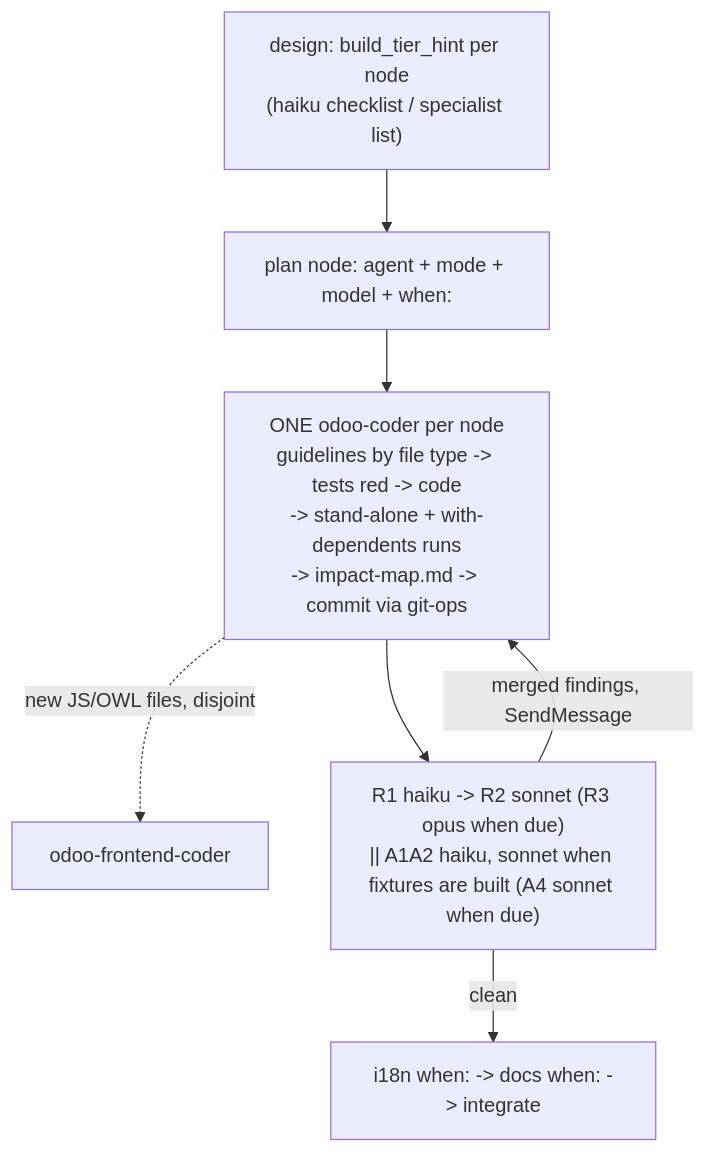
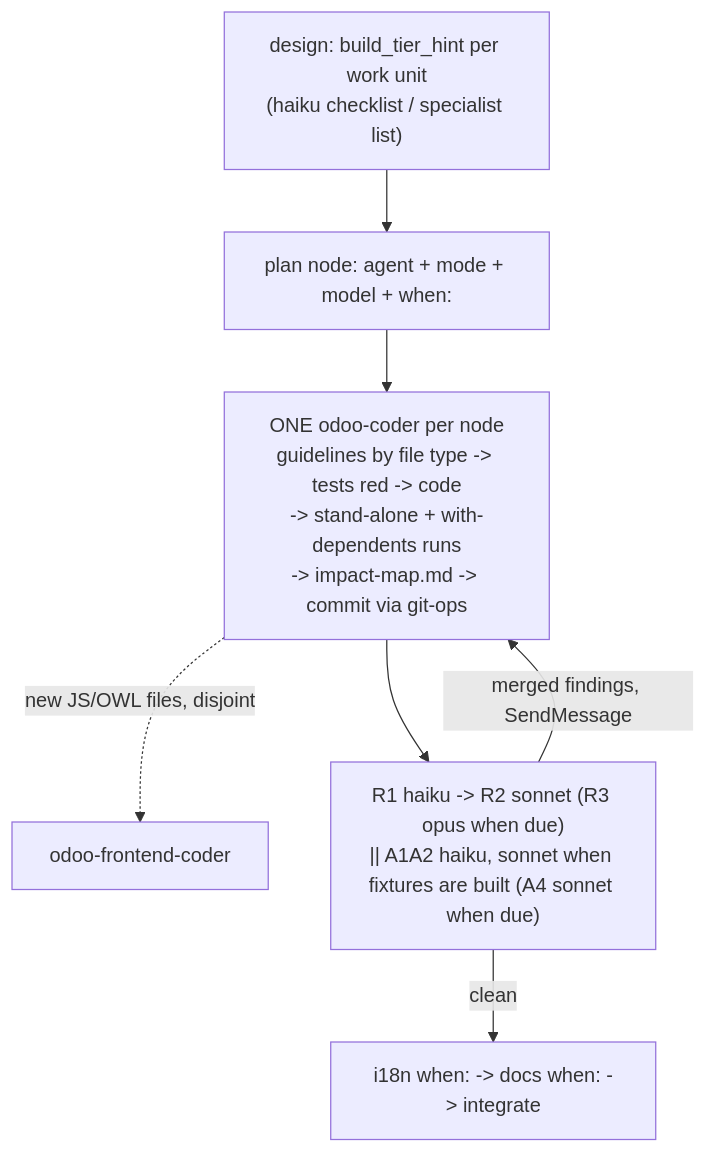
The second of 9 diagrams in plugins/odoo-ai-agents/README.md (Viindoo/odoo-mcp-client), drawn with Mermaid before and after one commit. The commit also changed other lines of this file and 133 other files, not shown here.

````diff
--- a/plugins/odoo-ai-agents/README.md
+++ b/plugins/odoo-ai-agents/README.md
@@ -284,10 +284,10 @@
 ```mermaid
 flowchart TD
-    DES["design: build_tier_hint per node<br/>(haiku checklist / specialist list)"]
+    DES["design: build_tier_hint per work unit<br/>(haiku checklist / specialist list)"]
     DES --> PLAN["plan node: agent + mode + model + when:"]
     PLAN --> NODE["ONE odoo-coder per node<br/>guidelines by file type -> tests red -> code<br/>-> stand-alone + with-dependents runs<br/>-> impact-map.md -> commit via git-ops"]
     NODE -.->|"new JS/OWL files, disjoint"| FE["odoo-frontend-coder"]
     NODE --> REV["R1 haiku -> R2 sonnet (R3 opus when due)<br/>|| A1A2 haiku, sonnet when fixtures are built (A4 sonnet when due)"]
     REV -->|"merged findings, SendMessage"| NODE
     REV -->|"clean"| TAIL["i18n when: -> docs when: -> integrate"]
 ```
````
